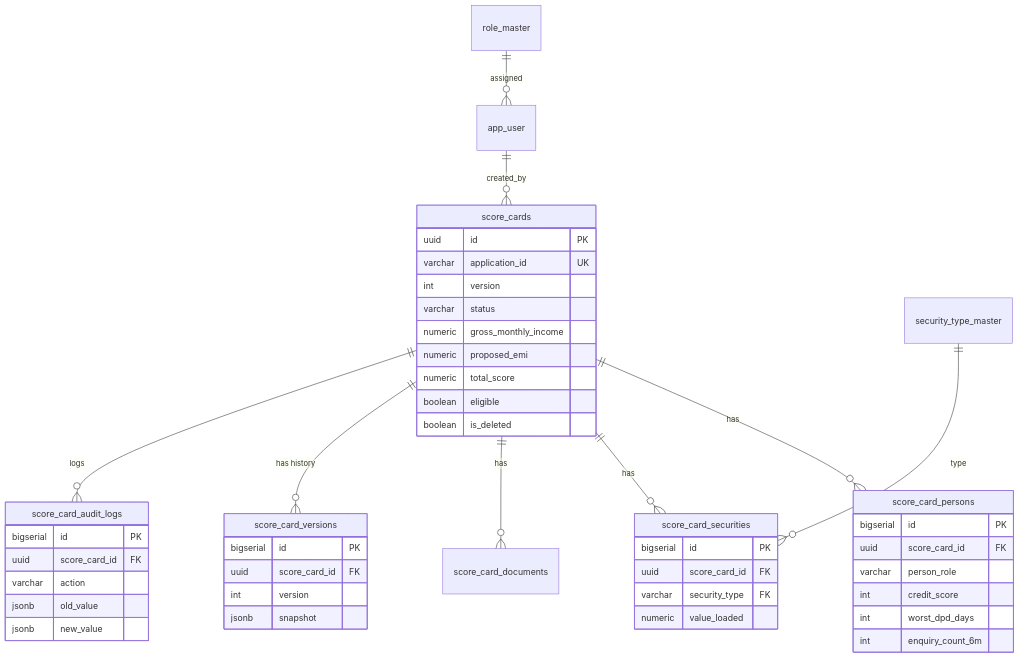
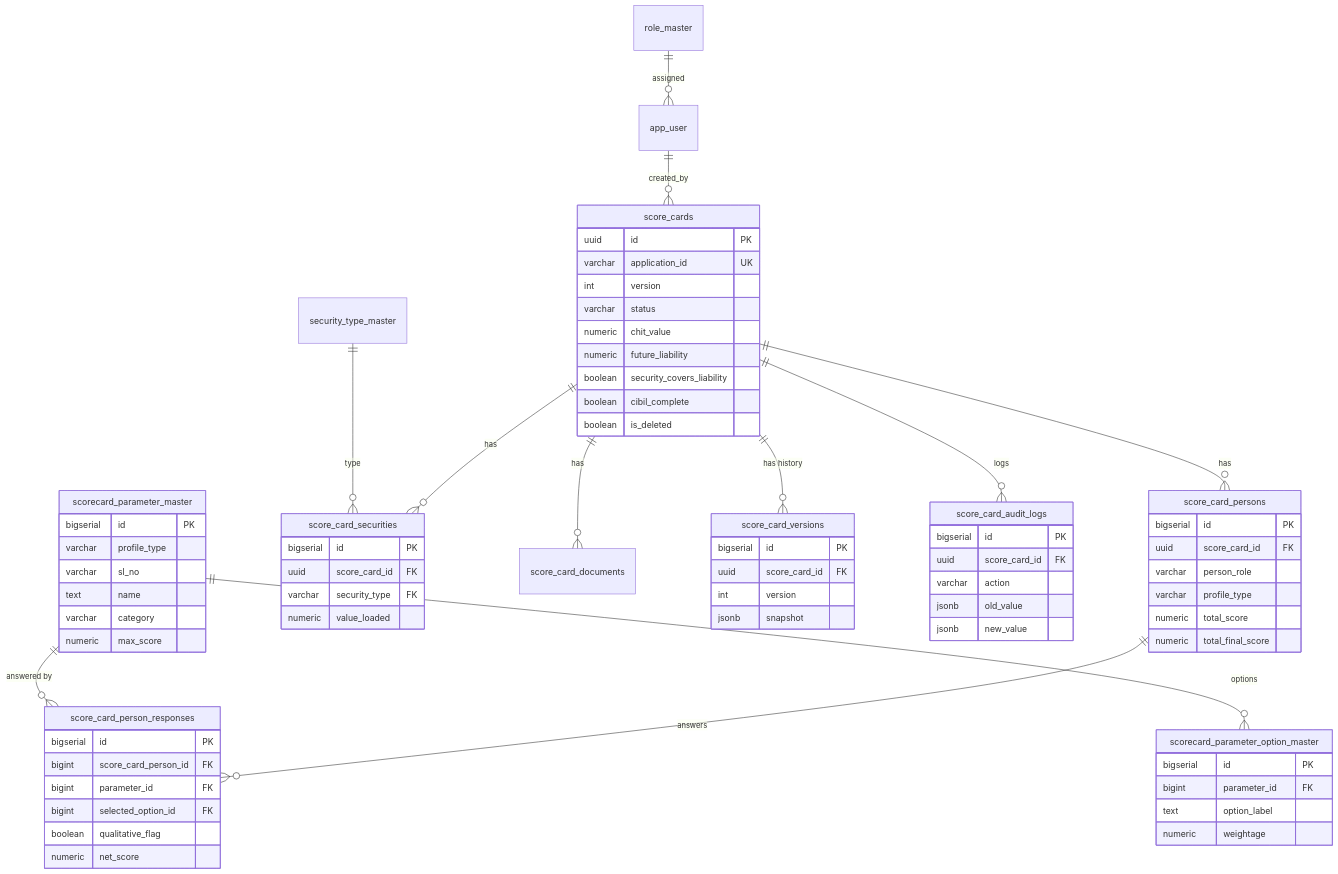
Before and after one commit to NYXABRAXAS/scorecard: the second of 4 diagrams in DOCUMENTATION.md, drawn with Mermaid. The commit also changed other lines of this file and 19 other files, not shown here.

````diff
--- a/DOCUMENTATION.md
+++ b/DOCUMENTATION.md
@@ -147,50 +192,75 @@
 ```mermaid
 erDiagram
   score_cards ||--o{ score_card_persons : "has"
   score_cards ||--o{ score_card_securities : "has"
   score_cards ||--o{ score_card_documents : "has"
   score_cards ||--o{ score_card_versions : "has history"
   score_cards ||--o{ score_card_audit_logs : "logs"
+  score_card_persons ||--o{ score_card_person_responses : "answers"
+  scorecard_parameter_master ||--o{ scorecard_parameter_option_master : "options"
+  scorecard_parameter_master ||--o{ score_card_person_responses : "answered by"
   role_master ||--o{ app_user : "assigned"
   app_user ||--o{ score_cards : "created_by"
   security_type_master ||--o{ score_card_securities : "type"
 
   score_cards {
     uuid id PK
     varchar application_id UK
     int version
     varchar status
-    numeric gross_monthly_income
-    numeric proposed_emi
-    numeric total_score
-    boolean eligible
+    numeric chit_value
+    numeric future_liability
+    boolean security_covers_liability
+    boolean cibil_complete
     boolean is_deleted
   }
   score_card_persons {
     bigserial id PK
     uuid score_card_id FK
     varchar person_role
-    int credit_score
-    int worst_dpd_days
-    int enquiry_count_6m
+    varchar profile_type
+    numeric total_score
+    numeric total_final_score
+  }
+  score_card_person_responses {
+    bigserial id PK
+    bigint score_card_person_id FK
+    bigint parameter_id FK
+    bigint selected_option_id FK
+    boolean qualitative_flag
+    numeric net_score
+  }
+  scorecard_parameter_master {
+    bigserial id PK
+    varchar profile_type
+    varchar sl_no
+    text name
+    varchar category
+    numeric max_score
+  }
+  scorecard_parameter_option_master {
+    bigserial id PK
+    bigint parameter_id FK
+    text option_label
+    numeric weightage
   }
   score_card_securities {
     bigserial id PK
     uuid score_card_id FK
     varchar security_type FK
     numeric value_loaded
   }
   score_card_versions {
     bigserial id PK
     uuid score_card_id FK
     int version
     jsonb snapshot
   }
   score_card_audit_logs {
     bigserial id PK
     uuid score_card_id FK
     varchar action
     jsonb old_value
     jsonb new_value
   }
 ```
````
